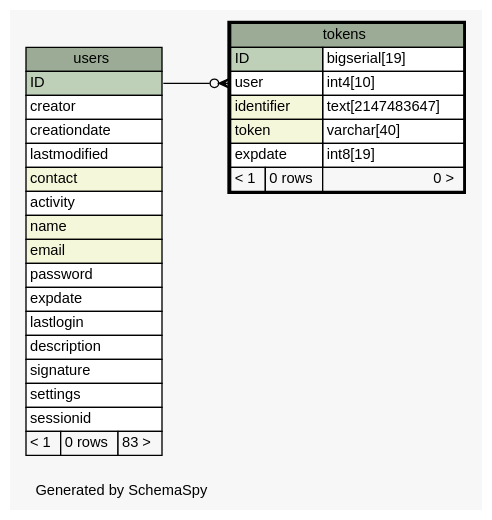
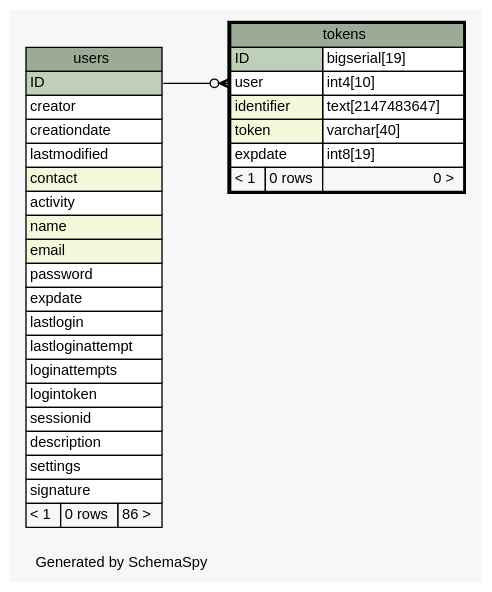
One commit to zeyosinc/zeyos-schema changed the diagram in diagrams/tokens.1degree.dot. Above: the diagram before and after it, drawn with Graphviz. The commit also changed 314 other files, not shown here.

```diff
--- a/diagrams/tokens.1degree.dot
+++ b/diagrams/tokens.1degree.dot
@@ -1,61 +1,64 @@
-// dot 2.38.0 on Windows 8.1 6.3
+// dot 2.38.0 on Mac OS X 10.11.2
 // SchemaSpy rev 590
 digraph "oneDegreeRelationshipsDiagram" {
   graph [
     rankdir="RL"
     bgcolor="#f7f7f7"
     label="\nGenerated by SchemaSpy"
     labeljust="l"
     nodesep="0.18"
     ranksep="0.46"
     fontname="Helvetica"
     fontsize="11"
   ];
   node [
     fontname="Helvetica"
     fontsize="11"
     shape="plaintext"
   ];
   edge [
     arrowsize="0.8"
   ];
   "tokens":"user":w -> "users":"ID":e [arrowhead=none dir=back arrowtail=crowodot];
   "tokens" [
     label=<
     <TABLE BORDER="2" CELLBORDER="1" CELLSPACING="0" BGCOLOR="#ffffff">
       <TR><TD COLSPAN="3" BGCOLOR="#9bab96" ALIGN="CENTER">tokens</TD></TR>
       <TR><TD PORT="ID" COLSPAN="2" BGCOLOR="#bed1b8" ALIGN="LEFT">ID</TD><TD PORT="ID.type" ALIGN="LEFT">bigserial[19]</TD></TR>
       <TR><TD PORT="user" COLSPAN="2" ALIGN="LEFT">user</TD><TD PORT="user.type" ALIGN="LEFT">int4[10]</TD></TR>
       <TR><TD PORT="identifier" COLSPAN="2" BGCOLOR="#f4f7da" ALIGN="LEFT">identifier</TD><TD PORT="identifier.type" ALIGN="LEFT">text[2147483647]</TD></TR>
       <TR><TD PORT="token" COLSPAN="2" BGCOLOR="#f4f7da" ALIGN="LEFT">token</TD><TD PORT="token.type" ALIGN="LEFT">varchar[40]</TD></TR>
       <TR><TD PORT="expdate" COLSPAN="2" ALIGN="LEFT">expdate</TD><TD PORT="expdate.type" ALIGN="LEFT">int8[19]</TD></TR>
       <TR><TD ALIGN="LEFT" BGCOLOR="#f7f7f7">&lt; 1</TD><TD ALIGN="RIGHT" BGCOLOR="#f7f7f7">0 rows</TD><TD ALIGN="RIGHT" BGCOLOR="#f7f7f7">0 &gt;</TD></TR>
     </TABLE>>
     URL="tokens.html"
     tooltip="tokens"
   ];
   "users" [
     label=<
     <TABLE BORDER="0" CELLBORDER="1" CELLSPACING="0" BGCOLOR="#ffffff">
       <TR><TD COLSPAN="3" BGCOLOR="#9bab96" ALIGN="CENTER">users</TD></TR>
       <TR><TD PORT="ID" COLSPAN="3" BGCOLOR="#bed1b8" ALIGN="LEFT">ID</TD></TR>
       <TR><TD PORT="creator" COLSPAN="3" ALIGN="LEFT">creator</TD></TR>
       <TR><TD PORT="creationdate" COLSPAN="3" ALIGN="LEFT">creationdate</TD></TR>
       <TR><TD PORT="lastmodified" COLSPAN="3" ALIGN="LEFT">lastmodified</TD></TR>
       <TR><TD PORT="contact" COLSPAN="3" BGCOLOR="#f4f7da" ALIGN="LEFT">contact</TD></TR>
       <TR><TD PORT="activity" COLSPAN="3" ALIGN="LEFT">activity</TD></TR>
       <TR><TD PORT="name" COLSPAN="3" BGCOLOR="#f4f7da" ALIGN="LEFT">name</TD></TR>
       <TR><TD PORT="email" COLSPAN="3" BGCOLOR="#f4f7da" ALIGN="LEFT">email</TD></TR>
       <TR><TD PORT="password" COLSPAN="3" ALIGN="LEFT">password</TD></TR>
       <TR><TD PORT="expdate" COLSPAN="3" ALIGN="LEFT">expdate</TD></TR>
       <TR><TD PORT="lastlogin" COLSPAN="3" ALIGN="LEFT">lastlogin</TD></TR>
+      <TR><TD PORT="lastloginattempt" COLSPAN="3" ALIGN="LEFT">lastloginattempt</TD></TR>
+      <TR><TD PORT="loginattempts" COLSPAN="3" ALIGN="LEFT">loginattempts</TD></TR>
+      <TR><TD PORT="logintoken" COLSPAN="3" ALIGN="LEFT">logintoken</TD></TR>
+      <TR><TD PORT="sessionid" COLSPAN="3" ALIGN="LEFT">sessionid</TD></TR>
       <TR><TD PORT="description" COLSPAN="3" ALIGN="LEFT">description</TD></TR>
+      <TR><TD PORT="settings" COLSPAN="3" ALIGN="LEFT">settings</TD></TR>
       <TR><TD PORT="signature" COLSPAN="3" ALIGN="LEFT">signature</TD></TR>
-      <TR><TD PORT="settings" COLSPAN="3" ALIGN="LEFT">settings</TD></TR>
-      <TR><TD PORT="sessionid" COLSPAN="3" ALIGN="LEFT">sessionid</TD></TR>
-      <TR><TD ALIGN="LEFT" BGCOLOR="#f7f7f7">&lt; 1</TD><TD ALIGN="RIGHT" BGCOLOR="#f7f7f7">0 rows</TD><TD ALIGN="RIGHT" BGCOLOR="#f7f7f7">83 &gt;</TD></TR>
+      <TR><TD ALIGN="LEFT" BGCOLOR="#f7f7f7">&lt; 1</TD><TD ALIGN="RIGHT" BGCOLOR="#f7f7f7">0 rows</TD><TD ALIGN="RIGHT" BGCOLOR="#f7f7f7">86 &gt;</TD></TR>
     </TABLE>>
     URL="users.html"
     tooltip="users"
   ];
 }
```
